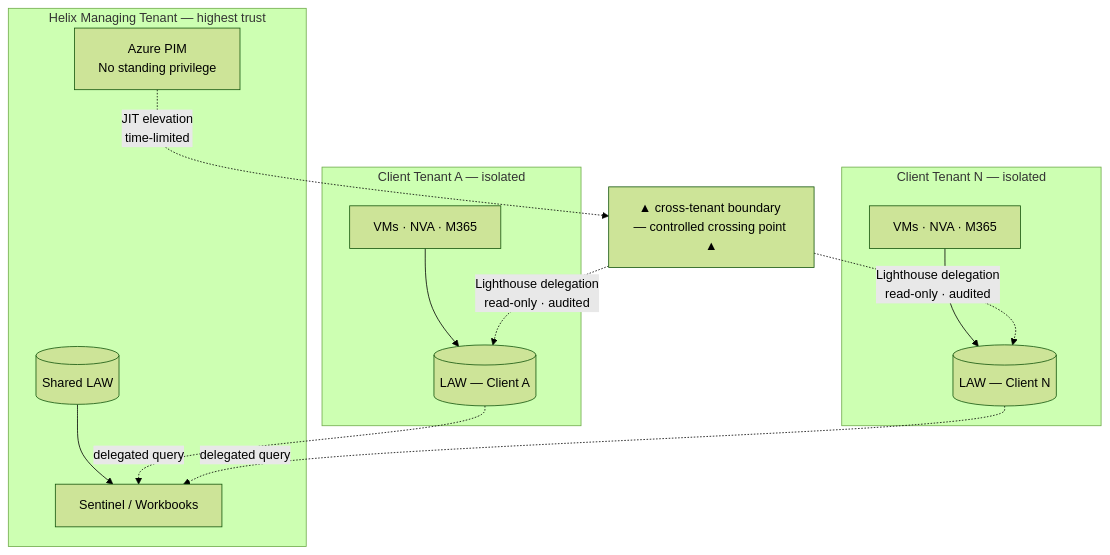
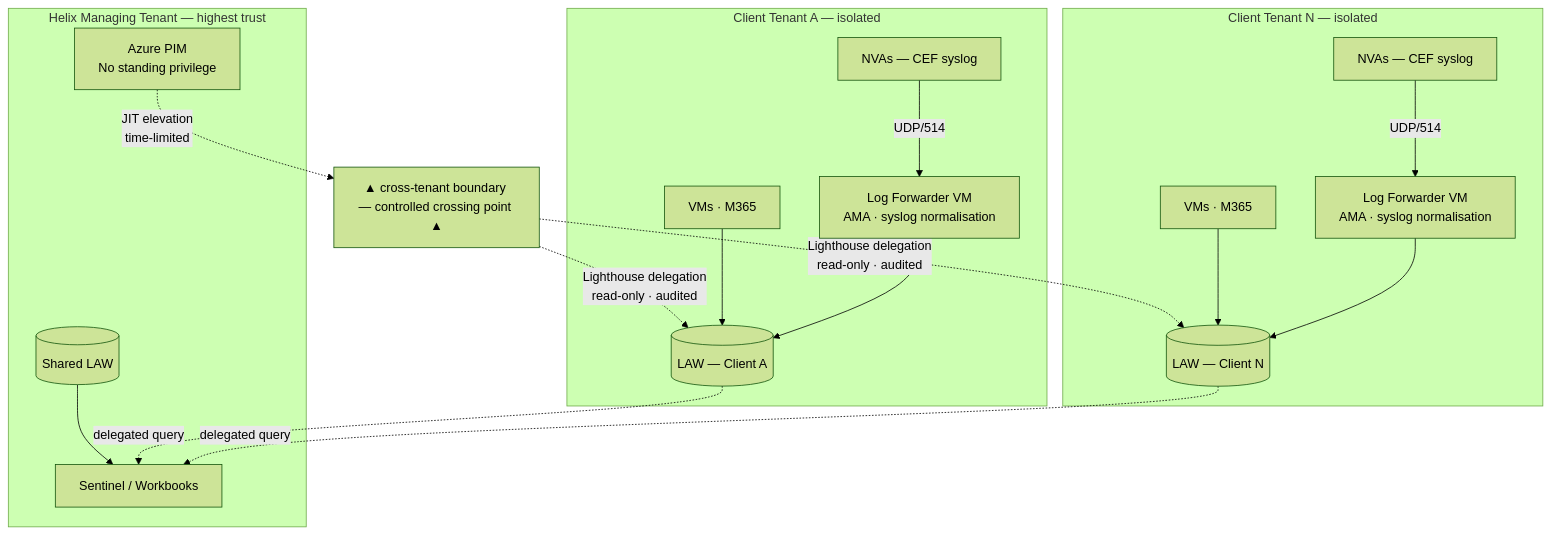
One commit to danielcorrea89/helix-logging-proposal changed the first of 2 diagrams in docs/04-security.md. Above: the diagram before and after it, drawn with Mermaid (forest theme). The commit also changed other lines of this file and 9 other files, not shown here.

````diff
--- a/docs/04-security.md
+++ b/docs/04-security.md
@@ -15,29 +15,37 @@
 ```mermaid
 flowchart TB
     subgraph managing["Helix Managing Tenant — highest trust"]
         SENT["Sentinel / Workbooks"]
         SLAW[("Shared LAW")]
         PIM["Azure PIM\nNo standing privilege"]
         SLAW --> SENT
     end
 
     crossing["▲ cross-tenant boundary — controlled crossing point ▲"]
 
     subgraph ca["Client Tenant A — isolated"]
         LAWA[("LAW — Client A")]
-        VMSA["VMs · NVA · M365"]
+        VMSA["VMs · M365"]
+        NVAA["NVAs — CEF syslog"]
+        FWDA["Log Forwarder VM\nAMA · syslog normalisation"]
         VMSA --> LAWA
+        NVAA -- "UDP/514" --> FWDA
+        FWDA --> LAWA
     end
 
     subgraph cn["Client Tenant N — isolated"]
         LAWN[("LAW — Client N")]
-        VMSN["VMs · NVA · M365"]
+        VMSN["VMs · M365"]
+        NVAN["NVAs — CEF syslog"]
+        FWDN["Log Forwarder VM\nAMA · syslog normalisation"]
         VMSN --> LAWN
+        NVAN -- "UDP/514" --> FWDN
+        FWDN --> LAWN
     end
 
     PIM -. "JIT elevation\ntime-limited" .-> crossing
     crossing -. "Lighthouse delegation\nread-only · audited" .-> LAWA
     crossing -. "Lighthouse delegation\nread-only · audited" .-> LAWN
     LAWA -. "delegated query" .-> SENT
     LAWN -. "delegated query" .-> SENT
 ```
````
